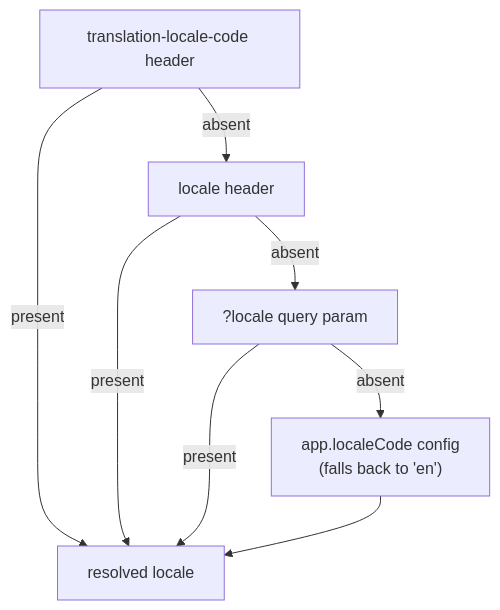
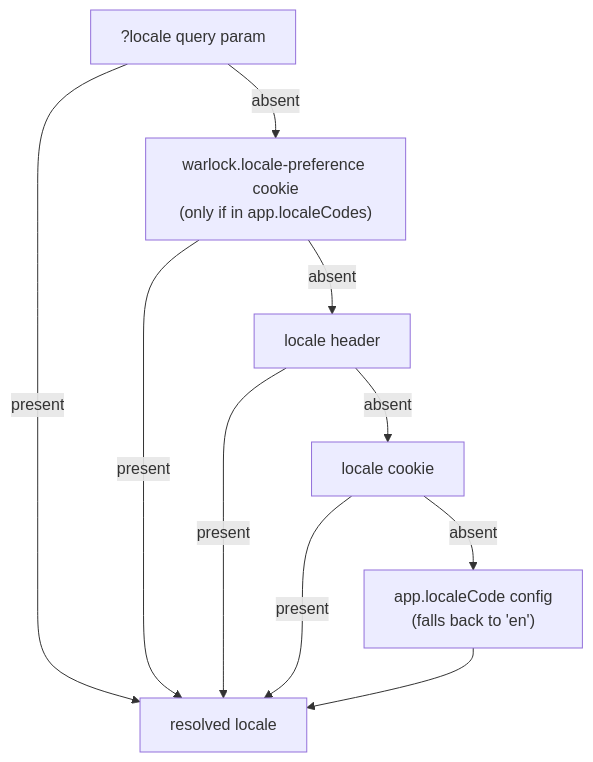
Before and after one commit to warlockjs/framework: the diagram in docs/src/content/docs/v/latest/core/the-basics/localization.md, drawn with Mermaid. The commit also changed other lines of this file and 614 other files, not shown here.

````diff
--- a/docs/src/content/docs/v/latest/core/the-basics/localization.md
+++ b/docs/src/content/docs/v/latest/core/the-basics/localization.md
@@ -37,10 +37,12 @@
 ```mermaid
 flowchart TD
-    A["translation-locale-code header"] -->|present| OUT["resolved locale"]
-    A -->|absent| B["locale header"]
-    B -->|absent| C["?locale query param"]
-    C -->|absent| D["app.localeCode config<br/>(falls back to 'en')"]
+    A["?locale query param"] -->|absent| B["warlock.locale-preference cookie<br/>(only if in app.localeCodes)"]
+    B -->|absent| C["locale header"]
+    C -->|absent| D["locale cookie"]
+    D -->|absent| E["app.localeCode config<br/>(falls back to 'en')"]
+    A -->|present| OUT["resolved locale"]
     B -->|present| OUT
     C -->|present| OUT
-    D --> OUT
+    D -->|present| OUT
+    E --> OUT
 ```
````
